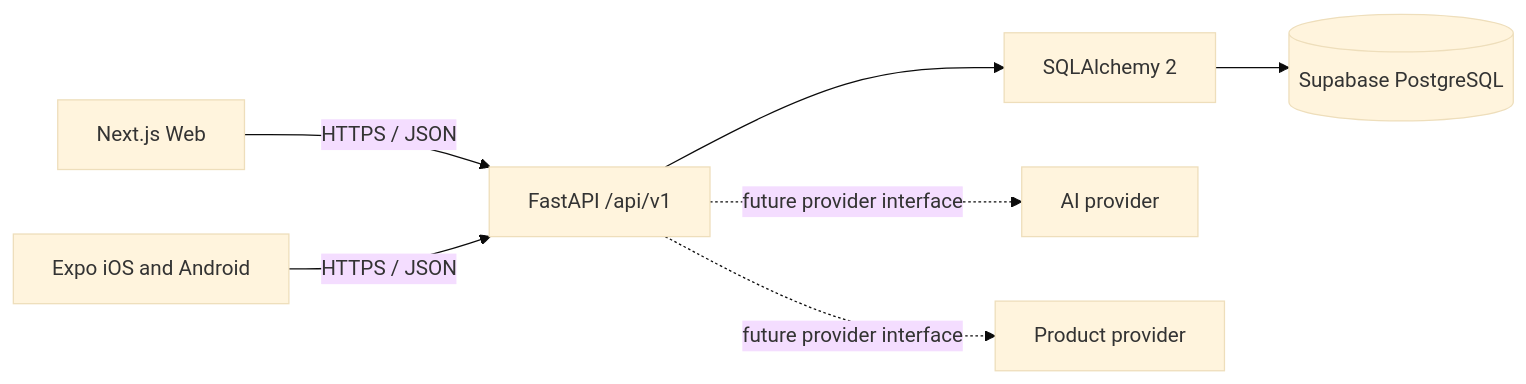
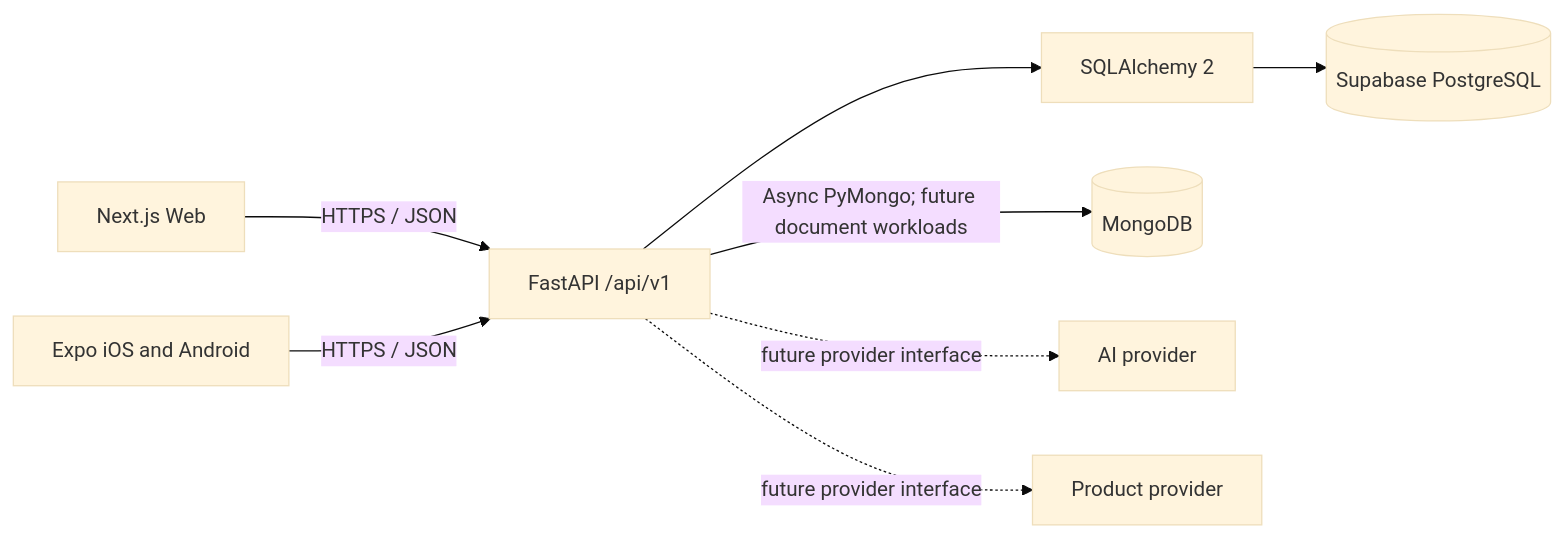
Before and after one commit to Hashirattari11/Tevrox: the diagram in docs/architecture/overview.md, drawn with Mermaid (base theme). The commit also changed other lines of this file and 16 other files, not shown here.

````diff
--- a/docs/architecture/overview.md
+++ b/docs/architecture/overview.md
@@ -3,9 +3,10 @@
 ```mermaid
 flowchart LR
   Web[Next.js Web] -->|HTTPS / JSON| API[FastAPI /api/v1]
   Mobile[Expo iOS and Android] -->|HTTPS / JSON| API
   API --> ORM[SQLAlchemy 2]
   ORM --> DB[(Supabase PostgreSQL)]
+  API -->|Async PyMongo; future document workloads| Mongo[(MongoDB)]
   API -. future provider interface .-> AI[AI provider]
   API -. future provider interface .-> Catalog[Product provider]
 ```
````
